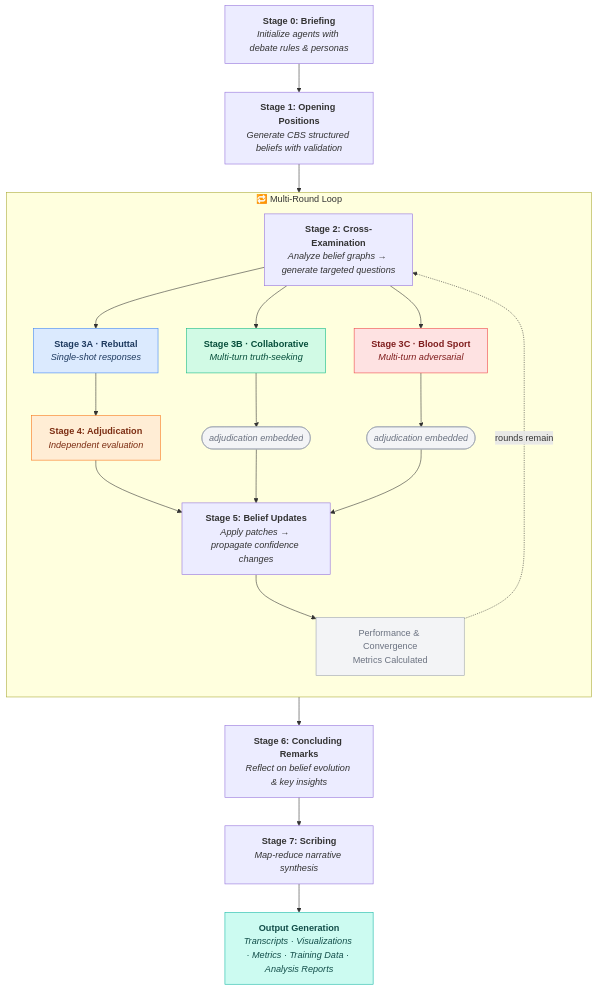
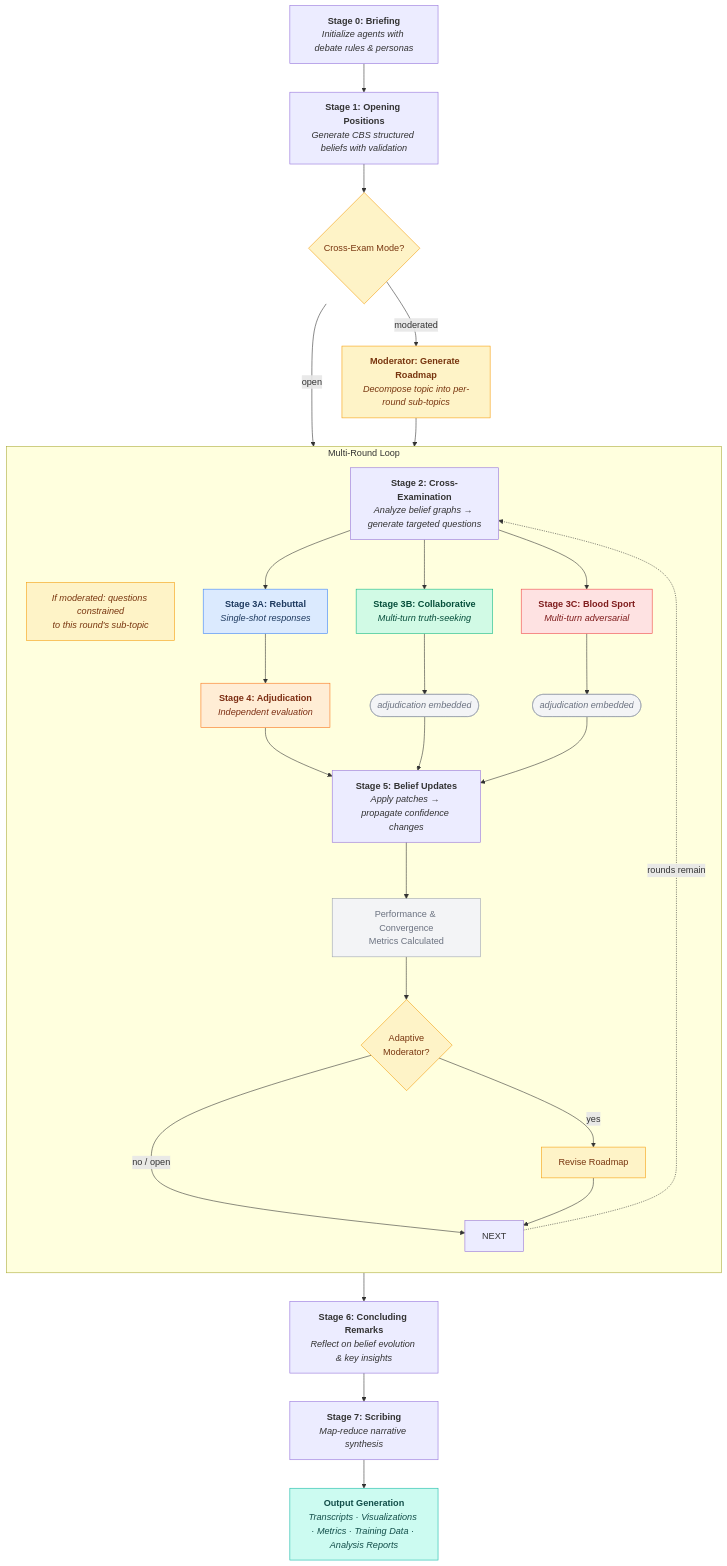
The diagram in README.md (GdKent/CHAL), drawn with Mermaid before and after one commit. The commit also changed other lines of this file and 60 other files, not shown here.

````diff
--- a/README.md
+++ b/README.md
@@ -117,44 +171,65 @@
 ```mermaid
 flowchart TD
     S0["<b>Stage 0: Briefing</b><br/><i>Initialize agents with debate rules & personas</i>"]
     S1["<b>Stage 1: Opening Positions</b><br/><i>Generate CBS structured beliefs with validation</i>"]
 
     S0 --> S1
-    S1 --> LOOP
+    S1 --> MOD_CHECK
 
-    subgraph LOOP ["🔁 Multi-Round Loop"]
+    MOD_CHECK{"Cross-Exam Mode?"}
+    MOD_CHECK -->|"open"| LOOP
+    MOD_CHECK -->|"moderated"| MOD_GEN
+
+    MOD_GEN["<b>Moderator: Generate Roadmap</b><br/><i>Decompose topic into per-round sub-topics</i>"]
+    MOD_GEN --> LOOP
+
+    subgraph LOOP ["Multi-Round Loop"]
         direction TB
         S2["<b>Stage 2: Cross-Examination</b><br/><i>Analyze belief graphs → generate targeted questions</i>"]
+        S2_NOTE["<i>If moderated: questions constrained<br/>to this round's sub-topic</i>"]
+
+        S2 ~~~ S2_NOTE
 
         S2 --> S3A & S3B & S3C
 
-        S3A["<b>Stage 3A · Rebuttal</b><br/><i>Single-shot responses</i>"]
-        S3B["<b>Stage 3B · Collaborative</b><br/><i>Multi-turn truth-seeking</i>"]
-        S3C["<b>Stage 3C · Blood Sport</b><br/><i>Multi-turn adversarial</i>"]
+        S3A["<b>Stage 3A: Rebuttal</b><br/><i>Single-shot responses</i>"]
+        S3B["<b>Stage 3B: Collaborative</b><br/><i>Multi-turn truth-seeking</i>"]
+        S3C["<b>Stage 3C: Blood Sport</b><br/><i>Multi-turn adversarial</i>"]
 
         S3A --> S4["<b>Stage 4: Adjudication</b><br/><i>Independent evaluation</i>"]
         S3B --> EMB_B(["<i>adjudication embedded</i>"])
         S3C --> EMB_C(["<i>adjudication embedded</i>"])
 
         S4 --> S5
         EMB_B --> S5
         EMB_C --> S5
 
         S5["<b>Stage 5: Belief Updates</b><br/><i>Apply patches → propagate confidence changes</i>"]
         S5 --> METRICS["Performance & Convergence<br/>Metrics Calculated"]
-        METRICS -.->|"rounds remain"| S2
+
+        METRICS --> MOD_REV{"Adaptive<br/>Moderator?"}
+        MOD_REV -->|"yes"| REVISE["Revise Roadmap"]
+        MOD_REV -->|"no / open"| NEXT
+        REVISE --> NEXT
+
+        NEXT -.->|"rounds remain"| S2
     end
 
     LOOP --> S6["<b>Stage 6: Concluding Remarks</b><br/><i>Reflect on belief evolution & key insights</i>"]
     S6 --> S7["<b>Stage 7: Scribing</b><br/><i>Map-reduce narrative synthesis</i>"]
     S7 --> OUT["<b>Output Generation</b><br/><i>Transcripts · Visualizations · Metrics · Training Data · Analysis Reports</i>"]
 
     style S3A fill:#dbeafe,stroke:#3b82f6,color:#1e3a5f
     style S3B fill:#d1fae5,stroke:#10b981,color:#064e3b
     style S3C fill:#fee2e2,stroke:#ef4444,color:#7f1d1d
     style S4 fill:#ffedd5,stroke:#f97316,color:#7c2d12
     style EMB_B fill:#f3f4f6,stroke:#9ca3af,color:#6b7280
     style EMB_C fill:#f3f4f6,stroke:#9ca3af,color:#6b7280
     style METRICS fill:#f3f4f6,stroke:#9ca3af,color:#6b7280
     style OUT fill:#ccfbf1,stroke:#14b8a6,color:#134e4a
+    style MOD_CHECK fill:#fef3c7,stroke:#f59e0b,color:#78350f
+    style MOD_GEN fill:#fef3c7,stroke:#f59e0b,color:#78350f
+    style MOD_REV fill:#fef3c7,stroke:#f59e0b,color:#78350f
+    style REVISE fill:#fef3c7,stroke:#f59e0b,color:#78350f
+    style S2_NOTE fill:#fef3c7,stroke:#f59e0b,color:#78350f
 ```
````
